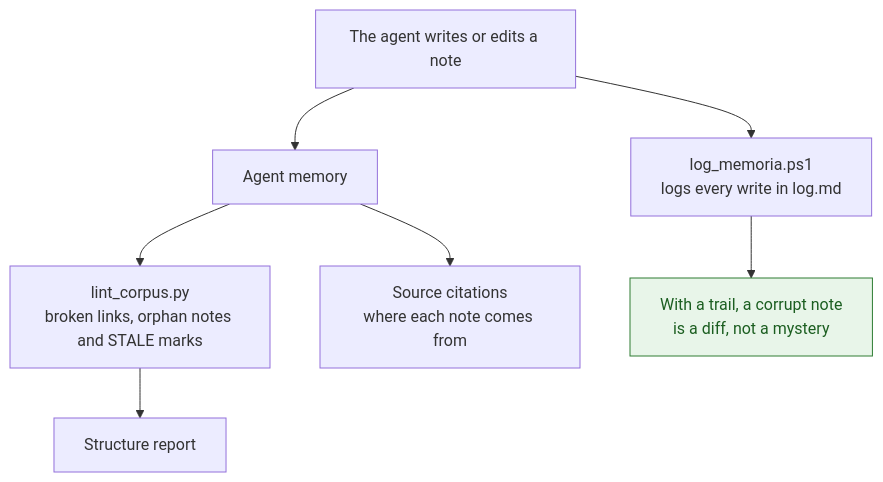
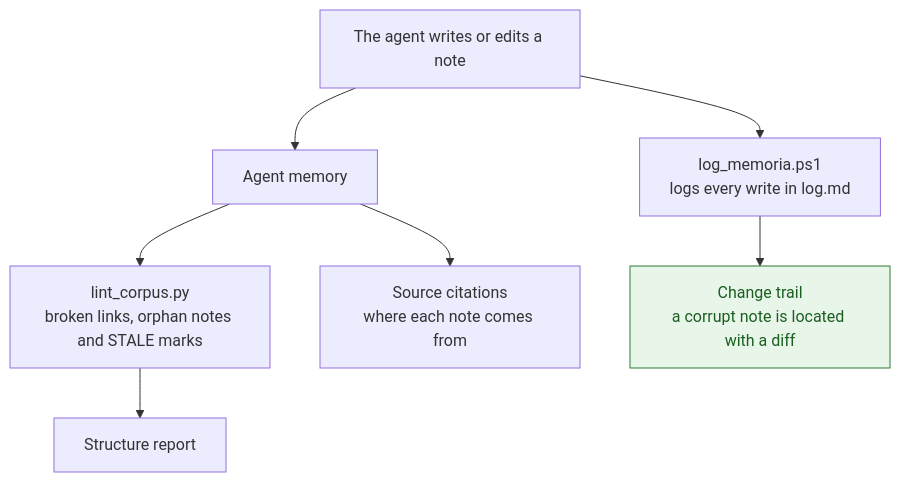
Before and after one commit to jleonceo/agent-memory-governance: the diagram in README.en.md, drawn with Mermaid. The commit also changed 1 other file, not shown here.

Commit message:
Esquema: la última caja dice lo que aporta el rastro de cambios

````diff
--- a/README.en.md
+++ b/README.en.md
@@ -37,10 +37,10 @@
 ```mermaid
 flowchart TD
     A[The agent writes or edits a note] --> H[log_memoria.ps1<br/>logs every write in log.md]
     A --> M[Agent memory]
     M --> L[lint_corpus.py<br/>broken links, orphan notes and STALE marks]
     M --> C[Source citations<br/>where each note comes from]
     L --> I[Structure report]
-    H --> D[With a trail, a corrupt note<br/>is a diff, not a mystery]
+    H --> D[Change trail<br/>a corrupt note is located with a diff]
     style D fill:#e8f5e9,stroke:#2e7d32,color:#1b5e20
 ```
````
